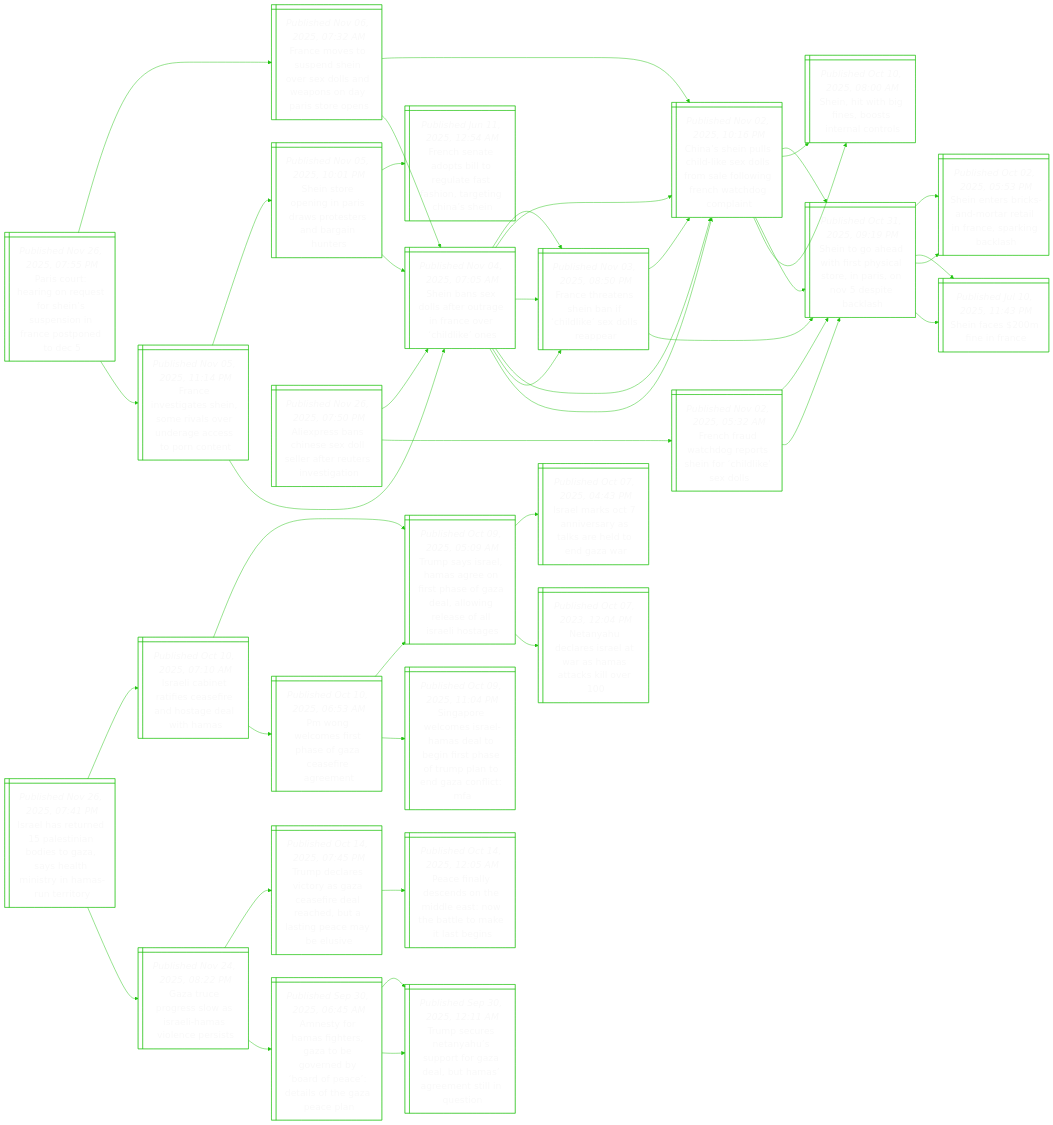
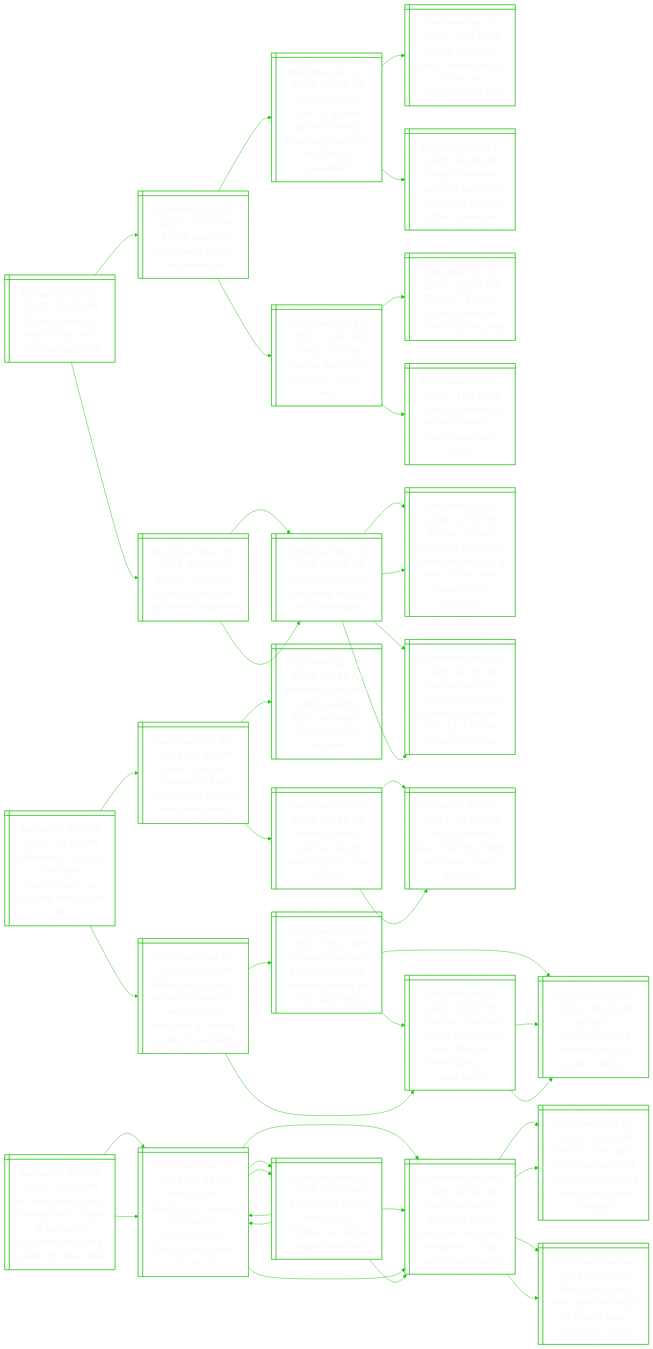
The diagram in README.md (notJmes/notJmes), drawn with Mermaid before and after one commit. The commit also changed other lines of this file, not shown here.

````diff
--- a/README.md
+++ b/README.md
@@ -16,139 +16,136 @@
 flowchart LR
 classDef txtsize font-size:20px;
 
+Traoasega@{ shape: win-pane, label: "_Published Nov 26, 2025, 11:27 PM_
+Trump rages at report that he is increasingly frail" }
+Tseraenn@{ shape: win-pane, label: "_Published Oct 27, 2025, 05:25 PM_
+Trump says he underwent an mri examination" }
+TdragnfitirsPd@{ shape: win-pane, label: "_Published Jan 21, 2025, 01:02 AM_
+Trump declares start of ‘golden age of america’ after he is sworn in as 47th us president" }
+Tpsrmtioutv@{ shape: win-pane, label: "_Published Jan 20, 2025, 05:54 AM_
+Trump promises harsh immigration limits on inauguration eve" }
+TttSecaaxhue@{ shape: win-pane, label: "_Published Jan 21, 2025, 02:40 AM_
+Trump threatens us trade policy of ‘tariff and tax’ on other countries" }
+Thraylty@{ shape: win-pane, label: "_Published Oct 11, 2025, 11:00 AM_
+Trump, 79, has ‘cardiac age’ of 65-year-old, doctor says" }
+Tgemacha@{ shape: win-pane, label: "_Published Oct 10, 2025, 06:24 PM_
+Trump, 79, gets second medical check-up this year" }
+Ttehamauon@{ shape: win-pane, label: "_Published Oct 09, 2025, 11:16 AM_
+Trump to undergo physical exam as health questions linger" }
+Ptbusuert@{ shape: win-pane, label: "_Published Nov 19, 2025, 10:05 AM_
+‘piggy’, ‘terrible’: trump lashes out at female reporters" }
+TttBsailn@{ shape: win-pane, label: "_Published Nov 19, 2025, 05:25 AM_
+Trump threatens abc news in oval office meltdown" }
+Mrusnrsasikeprsc@{ shape: win-pane, label: "_Published Oct 20, 2018, 12:23 PM_
+Murder of saudi dissident journalist jamal khashoggi: a look at the main players and suspects" }
+Tdddnersdiinst@{ shape: win-pane, label: "_Published Nov 19, 2025, 12:28 AM_
+Trump defends saudi prince over journalist murder, hails $1.3 trillion investment vow" }
+TttBsailn@{ shape: win-pane, label: "_Published Nov 19, 2025, 05:25 AM_
+Trump threatens abc news in oval office meltdown" }
+Mrusnrsasikeprsc@{ shape: win-pane, label: "_Published Oct 20, 2018, 12:23 PM_
+Murder of saudi dissident journalist jamal khashoggi: a look at the main players and suspects" }
+Tdddnersdiinst@{ shape: win-pane, label: "_Published Nov 19, 2025, 12:28 AM_
+Trump defends saudi prince over journalist murder, hails $1.3 trillion investment vow" }
+
+Traoasega:::txtsize --> Tseraenn:::txtsize
+Tseraenn:::txtsize --> TdragnfitirsPd:::txtsize
+TdragnfitirsPd:::txtsize --> Tpsrmtioutv:::txtsize
+TdragnfitirsPd:::txtsize --> TttSecaaxhue:::txtsize
+Tseraenn:::txtsize --> Thraylty:::txtsize
+Thraylty:::txtsize --> Tgemacha:::txtsize
+Thraylty:::txtsize --> Ttehamauon:::txtsize
+Traoasega:::txtsize --> Ptbusuert:::txtsize
+Ptbusuert:::txtsize --> TttBsailn:::txtsize
+TttBsailn:::txtsize --> Mrusnrsasikeprsc:::txtsize
+TttBsailn:::txtsize --> Tdddnersdiinst:::txtsize
+Ptbusuert:::txtsize --> TttBsailn:::txtsize
+TttBsailn:::txtsize --> Mrusnrsasikeprsc:::txtsize
+TttBsailn:::txtsize --> Tdddnersdiinst:::txtsize
+
+Boeaahbnsdg@{ shape: win-pane, label: "_Published Nov 26, 2025, 11:09 PM_
+Billionaire richard branson ‘heartbroken’ as his wife dies, aged 80" }
+Vncotnaietas@{ shape: win-pane, label: "_Published Jun 09, 2024, 03:40 AM_
+Virgin galactic completes final spaceflight before two-year pause" }
+Bopsiaftnpsts@{ shape: win-pane, label: "_Published Jul 12, 2021, 06:34 AM_
+Branson completes virgin galactic flight, aiming to open up space tourism" }
+Vncostcgfo@{ shape: win-pane, label: "_Published Sep 09, 2023, 04:34 AM_
+Virgin galactic notches fourth spaceflight in four months" }
+Vncaesgptcr@{ shape: win-pane, label: "_Published Aug 11, 2023, 12:05 AM_
+Virgin galactic launches first flight of private space tourists" }
+Vncaesgptcr@{ shape: win-pane, label: "_Published Aug 11, 2023, 12:05 AM_
+Virgin galactic launches first flight of private space tourists" }
+Boeaafdusrnivnc@{ shape: win-pane, label: "_Published May 04, 2023, 10:12 PM_
+Billionaire richard branson feared he would ‘lose everything’ during covid-19 pandemic" }
+Boeaasertsiip@{ shape: win-pane, label: "_Published Apr 05, 2023, 08:21 AM_
+Billionaire richard branson’s space empire teeters as virgin orbit flops" }
+Biorneecsi@{ shape: win-pane, label: "_Published Jan 10, 2023, 06:24 AM_
+Britain’s groundbreaking satellite launch ends in failure" }
+BocafiOffntsu@{ shape: win-pane, label: "_Published Apr 04, 2023, 03:07 PM_
+Branson’s rocket-launch firm virgin orbit files for bankruptcy, to seek buyer" }
+BocafiOffntsu@{ shape: win-pane, label: "_Published Apr 04, 2023, 03:07 PM_
+Branson’s rocket-launch firm virgin orbit files for bankruptcy, to seek buyer" }
+Biorneecsi@{ shape: win-pane, label: "_Published Jan 10, 2023, 06:24 AM_
+Britain’s groundbreaking satellite launch ends in failure" }
+Biorneecsi@{ shape: win-pane, label: "_Published Jan 10, 2023, 06:24 AM_
+Britain’s groundbreaking satellite launch ends in failure" }
+
+Boeaahbnsdg:::txtsize --> Vncotnaietas:::txtsize
+Vncotnaietas:::txtsize --> Bopsiaftnpsts:::txtsize
+Vncotnaietas:::txtsize --> Vncostcgfo:::txtsize
+Vncostcgfo:::txtsize --> Vncaesgptcr:::txtsize
+Vncostcgfo:::txtsize --> Vncaesgptcr:::txtsize
+Boeaahbnsdg:::txtsize --> Boeaafdusrnivnc:::txtsize
+Boeaafdusrnivnc:::txtsize --> Boeaasertsiip:::txtsize
+Boeaasertsiip:::txtsize --> Biorneecsi:::txtsize
+Boeaasertsiip:::txtsize --> BocafiOffntsu:::txtsize
+Boeaafdusrnivnc:::txtsize --> BocafiOffntsu:::txtsize
+BocafiOffntsu:::txtsize --> Biorneecsi:::txtsize
+BocafiOffntsu:::txtsize --> Biorneecsi:::txtsize
+
+Emsrutesoeogflh@{ shape: win-pane, label: "_Published Nov 26, 2025, 10:35 PM_
+Eu lawmakers back resolution to make it easier to suspend shopping platforms like shein" }
 PcHnethsninsee@{ shape: win-pane, label: "_Published Nov 26, 2025, 07:55 PM_
 Paris court: hearing on request for shein’s suspension in france postponed to dec 5" }
 FessSoelwnairn@{ shape: win-pane, label: "_Published Nov 06, 2025, 07:32 AM_
 France moves to suspend shein over sex dolls and weapons on day paris store opens" }
 CsnsdsloeoFhhoi@{ shape: win-pane, label: "_Published Nov 02, 2025, 10:16 PM_
 China’s shein pulls child-like sex dolls from sale following french watchdog complaint" }
-SthirylerNsba@{ shape: win-pane, label: "_Published Oct 31, 2025, 09:19 PM_
-Shein to go ahead with first physical store, in paris, on nov 5 despite backlash" }
-Shtfbsrol@{ shape: win-pane, label: "_Published Oct 10, 2025, 08:00 AM_
-Shein, hit with big fines, boosts internal controls" }
 Sbelerncrdo@{ shape: win-pane, label: "_Published Nov 04, 2025, 07:05 AM_
 Shein bans sex dolls after outrage in france over ‘childlike’ ones" }
-FeaSbclelp@{ shape: win-pane, label: "_Published Nov 03, 2025, 08:50 PM_
-France threatens shein ban if ‘childlike’ sex dolls reappear" }
+Erhvlhixsga@{ shape: win-pane, label: "_Published Nov 26, 2025, 08:05 PM_
+Eu queries shein over sale of childlike sex dolls, illegal weapons" }
+FessSoelwnairn@{ shape: win-pane, label: "_Published Nov 06, 2025, 07:32 AM_
+France moves to suspend shein over sex dolls and weapons on day paris store opens" }
+PcHnethsninsee@{ shape: win-pane, label: "_Published Nov 26, 2025, 07:55 PM_
+Paris court: hearing on request for shein’s suspension in france postponed to dec 5" }
+PcHnethsninsee@{ shape: win-pane, label: "_Published Nov 26, 2025, 07:55 PM_
+Paris court: hearing on request for shein’s suspension in france postponed to dec 5" }
+FessSoelwnairn@{ shape: win-pane, label: "_Published Nov 06, 2025, 07:32 AM_
+France moves to suspend shein over sex dolls and weapons on day paris store opens" }
 CsnsdsloeoFhhoi@{ shape: win-pane, label: "_Published Nov 02, 2025, 10:16 PM_
 China’s shein pulls child-like sex dolls from sale following french watchdog complaint" }
-Festemaeeasrt@{ shape: win-pane, label: "_Published Nov 05, 2025, 11:14 PM_
-France investigates shein, some rivals over underage access to porn content" }
-Ssonarrtngus@{ shape: win-pane, label: "_Published Nov 05, 2025, 10:01 PM_
-Shein store opening in paris draws protesters and bargain hunters" }
-Fhtplettirnne@{ shape: win-pane, label: "_Published Jun 11, 2025, 12:54 AM_
-French senate adopts bill to regulate fast fashion, targeting china’s shein" }
 Sbelerncrdo@{ shape: win-pane, label: "_Published Nov 04, 2025, 07:05 AM_
 Shein bans sex dolls after outrage in france over ‘childlike’ ones" }
-Sbelerncrdo@{ shape: win-pane, label: "_Published Nov 04, 2025, 07:05 AM_
-Shein bans sex dolls after outrage in france over ‘childlike’ ones" }
-FeaSbclelp@{ shape: win-pane, label: "_Published Nov 03, 2025, 08:50 PM_
-France threatens shein ban if ‘childlike’ sex dolls reappear" }
-CsnsdsloeoFhhoi@{ shape: win-pane, label: "_Published Nov 02, 2025, 10:16 PM_
-China’s shein pulls child-like sex dolls from sale following french watchdog complaint" }
+Erhvlhixsga@{ shape: win-pane, label: "_Published Nov 26, 2025, 08:05 PM_
+Eu queries shein over sale of childlike sex dolls, illegal weapons" }
+FessSoelwnairn@{ shape: win-pane, label: "_Published Nov 06, 2025, 07:32 AM_
+France moves to suspend shein over sex dolls and weapons on day paris store opens" }
+PcHnethsninsee@{ shape: win-pane, label: "_Published Nov 26, 2025, 07:55 PM_
+Paris court: hearing on request for shein’s suspension in france postponed to dec 5" }
 
+Emsrutesoeogflh:::txtsize --> PcHnethsninsee:::txtsize
 PcHnethsninsee:::txtsize --> FessSoelwnairn:::txtsize
 FessSoelwnairn:::txtsize --> CsnsdsloeoFhhoi:::txtsize
-CsnsdsloeoFhhoi:::txtsize --> SthirylerNsba:::txtsize
-CsnsdsloeoFhhoi:::txtsize --> Shtfbsrol:::txtsize
 FessSoelwnairn:::txtsize --> Sbelerncrdo:::txtsize
-Sbelerncrdo:::txtsize --> FeaSbclelp:::txtsize
-Sbelerncrdo:::txtsize --> CsnsdsloeoFhhoi:::txtsize
-PcHnethsninsee:::txtsize --> Festemaeeasrt:::txtsize
-Festemaeeasrt:::txtsize --> Ssonarrtngus:::txtsize
-Ssonarrtngus:::txtsize --> Fhtplettirnne:::txtsize
-Ssonarrtngus:::txtsize --> Sbelerncrdo:::txtsize
-Festemaeeasrt:::txtsize --> Sbelerncrdo:::txtsize
-Sbelerncrdo:::txtsize --> FeaSbclelp:::txtsize
-Sbelerncrdo:::txtsize --> CsnsdsloeoFhhoi:::txtsize
-
-Apbheolfesst@{ shape: win-pane, label: "_Published Nov 26, 2025, 07:50 PM_
-Aliexpress bans chinese sex doll seller after reuters investigation" }
-Sbelerncrdo@{ shape: win-pane, label: "_Published Nov 04, 2025, 07:05 AM_
-Shein bans sex dolls after outrage in france over ‘childlike’ ones" }
-FeaSbclelp@{ shape: win-pane, label: "_Published Nov 03, 2025, 08:50 PM_
-France threatens shein ban if ‘childlike’ sex dolls reappear" }
-CsnsdsloeoFhhoi@{ shape: win-pane, label: "_Published Nov 02, 2025, 10:16 PM_
-China’s shein pulls child-like sex dolls from sale following french watchdog complaint" }
-SthirylerNsba@{ shape: win-pane, label: "_Published Oct 31, 2025, 09:19 PM_
-Shein to go ahead with first physical store, in paris, on nov 5 despite backlash" }
-CsnsdsloeoFhhoi@{ shape: win-pane, label: "_Published Nov 02, 2025, 10:16 PM_
-China’s shein pulls child-like sex dolls from sale following french watchdog complaint" }
-SthirylerNsba@{ shape: win-pane, label: "_Published Oct 31, 2025, 09:19 PM_
-Shein to go ahead with first physical store, in paris, on nov 5 despite backlash" }
-Shtfbsrol@{ shape: win-pane, label: "_Published Oct 10, 2025, 08:00 AM_
-Shein, hit with big fines, boosts internal controls" }
-Fhdhesnhixs@{ shape: win-pane, label: "_Published Nov 02, 2025, 05:32 AM_
-French fraud watchdog reports shein for ‘childlike’ sex dolls" }
-SthirylerNsba@{ shape: win-pane, label: "_Published Oct 31, 2025, 09:19 PM_
-Shein to go ahead with first physical store, in paris, on nov 5 despite backlash" }
-Seskmrirsich@{ shape: win-pane, label: "_Published Oct 02, 2025, 05:53 PM_
-Shein enters bricks-and-mortar retail in france, sparking backlash" }
-Sfmin@{ shape: win-pane, label: "_Published Jul 10, 2025, 11:43 PM_
-Shein faces $200m fine in france" }
-SthirylerNsba@{ shape: win-pane, label: "_Published Oct 31, 2025, 09:19 PM_
-Shein to go ahead with first physical store, in paris, on nov 5 despite backlash" }
-Seskmrirsich@{ shape: win-pane, label: "_Published Oct 02, 2025, 05:53 PM_
-Shein enters bricks-and-mortar retail in france, sparking backlash" }
-Sfmin@{ shape: win-pane, label: "_Published Jul 10, 2025, 11:43 PM_
-Shein faces $200m fine in france" }
-
-Apbheolfesst:::txtsize --> Sbelerncrdo:::txtsize
-Sbelerncrdo:::txtsize --> FeaSbclelp:::txtsize
-FeaSbclelp:::txtsize --> CsnsdsloeoFhhoi:::txtsize
-FeaSbclelp:::txtsize --> SthirylerNsba:::txtsize
-Sbelerncrdo:::txtsize --> CsnsdsloeoFhhoi:::txtsize
-CsnsdsloeoFhhoi:::txtsize --> SthirylerNsba:::txtsize
-CsnsdsloeoFhhoi:::txtsize --> Shtfbsrol:::txtsize
-Apbheolfesst:::txtsize --> Fhdhesnhixs:::txtsize
-Fhdhesnhixs:::txtsize --> SthirylerNsba:::txtsize
-SthirylerNsba:::txtsize --> Seskmrirsich:::txtsize
-SthirylerNsba:::txtsize --> Sfmin:::txtsize
-Fhdhesnhixs:::txtsize --> SthirylerNsba:::txtsize
-SthirylerNsba:::txtsize --> Seskmrirsich:::txtsize
-SthirylerNsba:::txtsize --> Sfmin:::txtsize
-
-IleeeidoseMtHrrr@{ shape: win-pane, label: "_Published Nov 26, 2025, 07:41 PM_
-Israel has returned 15 palestinian bodies to gaza, says health ministry in hamas-run territory" }
-Iliaeseoewa@{ shape: win-pane, label: "_Published Oct 10, 2025, 07:10 AM_
-Israeli cabinet ratifies ceasefire and hostage deal with hamas" }
-TssHaossaaorslaoe@{ shape: win-pane, label: "_Published Oct 09, 2025, 05:09 AM_
-Trump says israel, hamas agree on first phase of gaza deal, allowing release of all israeli hostages" }
-Ilsnrakhoar@{ shape: win-pane, label: "_Published Oct 07, 2025, 04:43 PM_
-Israel marks oct 7 anniversary as talks are held to end gaza war" }
-NyeeawHakl@{ shape: win-pane, label: "_Published Oct 07, 2023, 12:04 PM_
-Netanyahu declares israel at war as hamas attacks kill over 100" }
-Pgoihfcfge@{ shape: win-pane, label: "_Published Oct 10, 2025, 06:53 AM_
-Pm wong welcomes first phase of gaza ceasefire agreement" }
-TssHaossaaorslaoe@{ shape: win-pane, label: "_Published Oct 09, 2025, 05:09 AM_
-Trump says israel, hamas agree on first phase of gaza deal, allowing release of all israeli hostages" }
-SpeeamaeihfptGoc@{ shape: win-pane, label: "_Published Oct 09, 2025, 11:04 PM_
-Singapore welcomes israel-hamas deal to begin first phase of trump plan to end gaza conflict: mfa" }
-GrrswrHvnrs@{ shape: win-pane, label: "_Published Nov 24, 2025, 08:22 PM_
-Gaza truce progress slow as israeli-hamas violence persists" }
-Tdrcaaededlncbs@{ shape: win-pane, label: "_Published Oct 14, 2025, 07:45 PM_
-Trump declares victory as gaza ceasefire deal reached, but a lasting peace may be elusive" }
-PflcoMeNelale@{ shape: win-pane, label: "_Published Oct 14, 2025, 12:05 AM_
-Peace finally descends on the middle east: now the battle to make it last begins" }
-AtHfezerydatoGel@{ shape: win-pane, label: "_Published Sep 30, 2025, 06:45 AM_
-Amnesty for hamas fighters, gaza to be governed by ‘board of peace’: details of the gaza peace plan" }
-Tseaupoabmrnluo@{ shape: win-pane, label: "_Published Sep 30, 2025, 12:11 AM_
-Trump secures netanyahu’s support for gaza deal, but hamas’ agreement still in question" }
-Tseaupoabmrnluo@{ shape: win-pane, label: "_Published Sep 30, 2025, 12:11 AM_
-Trump secures netanyahu’s support for gaza deal, but hamas’ agreement still in question" }
-
-IleeeidoseMtHrrr:::txtsize --> Iliaeseoewa:::txtsize
-Iliaeseoewa:::txtsize --> TssHaossaaorslaoe:::txtsize
-TssHaossaaorslaoe:::txtsize --> Ilsnrakhoar:::txtsize
-TssHaossaaorslaoe:::txtsize --> NyeeawHakl:::txtsize
-Iliaeseoewa:::txtsize --> Pgoihfcfge:::txtsize
-Pgoihfcfge:::txtsize --> TssHaossaaorslaoe:::txtsize
-Pgoihfcfge:::txtsize --> SpeeamaeihfptGoc:::txtsize
-IleeeidoseMtHrrr:::txtsize --> GrrswrHvnrs:::txtsize
-GrrswrHvnrs:::txtsize --> Tdrcaaededlncbs:::txtsize
-Tdrcaaededlncbs:::txtsize --> PflcoMeNelale:::txtsize
-GrrswrHvnrs:::txtsize --> AtHfezerydatoGel:::txtsize
-AtHfezerydatoGel:::txtsize --> Tseaupoabmrnluo:::txtsize
-AtHfezerydatoGel:::txtsize --> Tseaupoabmrnluo:::txtsize
+PcHnethsninsee:::txtsize --> Erhvlhixsga:::txtsize
+Erhvlhixsga:::txtsize --> FessSoelwnairn:::txtsize
+Erhvlhixsga:::txtsize --> PcHnethsninsee:::txtsize
+Emsrutesoeogflh:::txtsize --> PcHnethsninsee:::txtsize
+PcHnethsninsee:::txtsize --> FessSoelwnairn:::txtsize
+FessSoelwnairn:::txtsize --> CsnsdsloeoFhhoi:::txtsize
+FessSoelwnairn:::txtsize --> Sbelerncrdo:::txtsize
+PcHnethsninsee:::txtsize --> Erhvlhixsga:::txtsize
+Erhvlhixsga:::txtsize --> FessSoelwnairn:::txtsize
+Erhvlhixsga:::txtsize --> PcHnethsninsee:::txtsize
 
 ```
````
